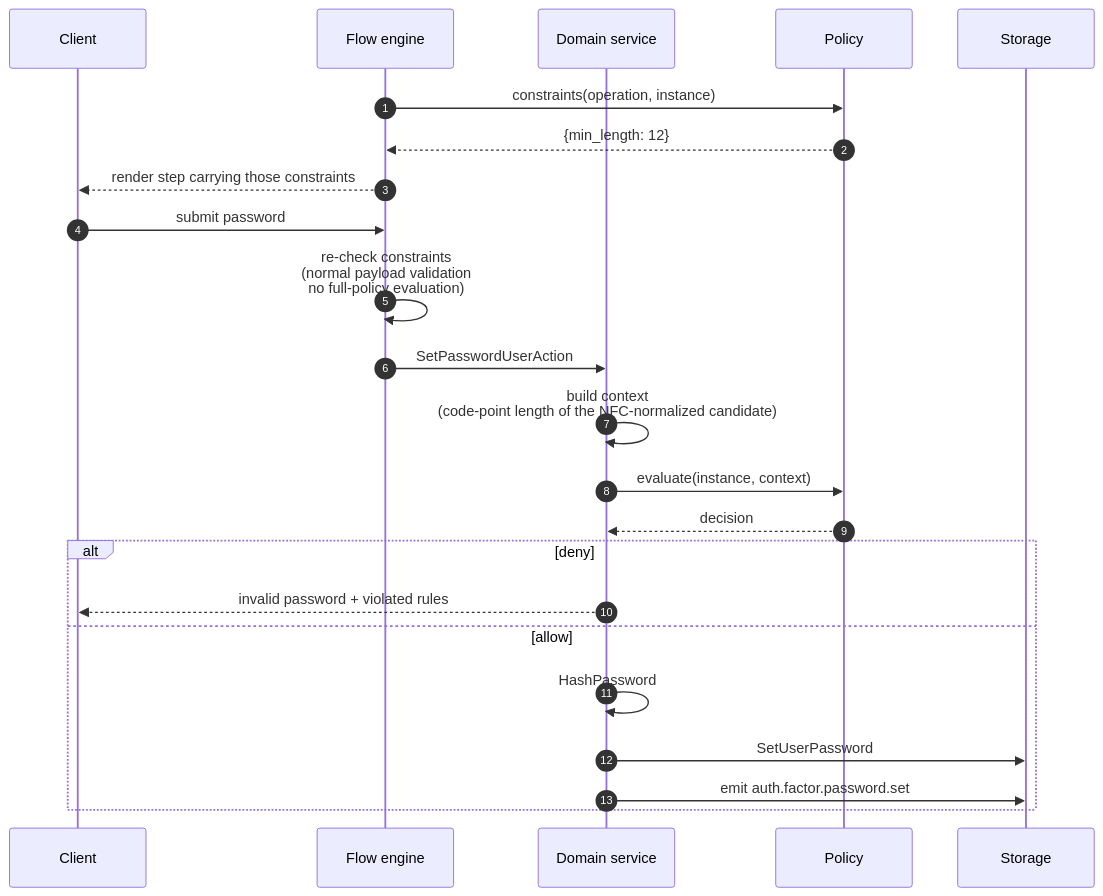
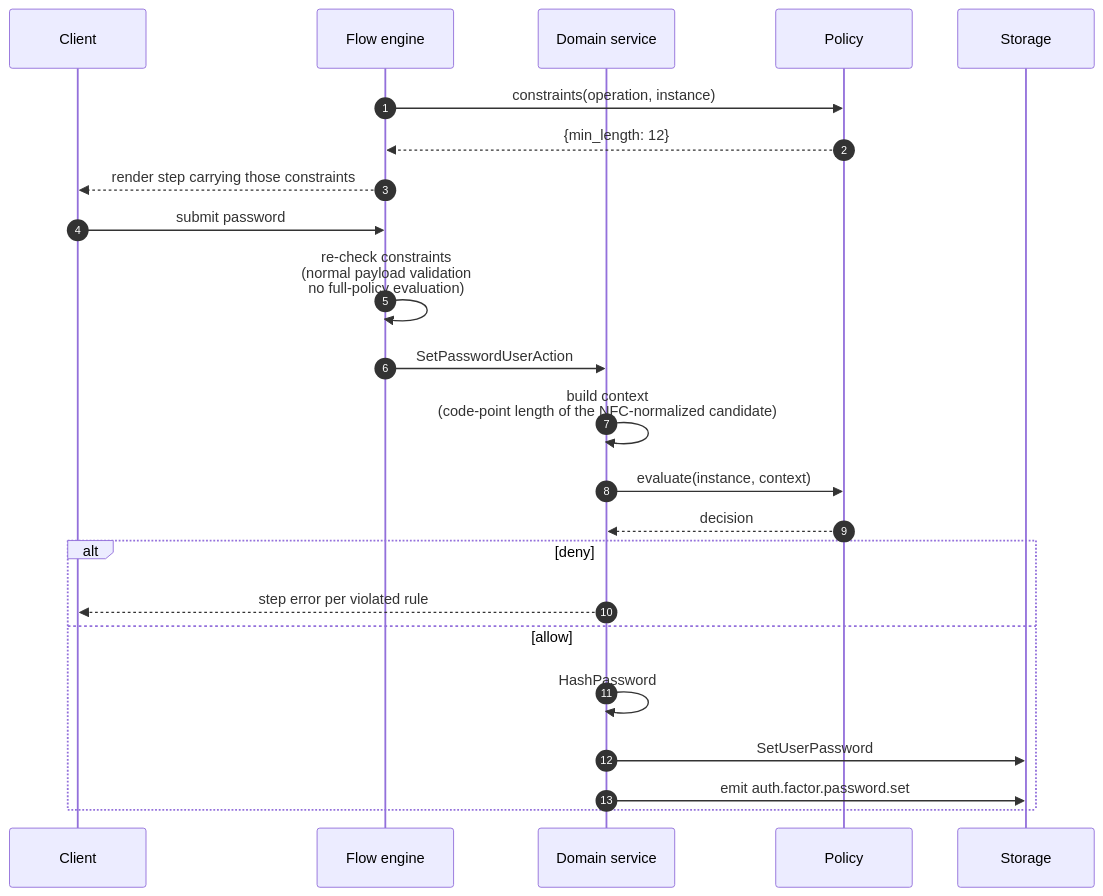
One commit to zitadel/nextgen changed the diagram in docs/adrs/066-operation-policies.md. Above: the diagram before and after it, drawn with Mermaid. The commit also changed other lines of this file and 50 other files, not shown here.

````diff
--- a/docs/adrs/066-operation-policies.md
+++ b/docs/adrs/066-operation-policies.md
@@ -376,26 +400,26 @@
 ```mermaid
 sequenceDiagram
     autonumber
     participant C as Client
     participant F as Flow engine
     participant S as Domain service
     participant P as Policy
     participant DB as Storage
 
     F->>P: constraints(operation, instance)
     P-->>F: {min_length: 12}
     F-->>C: render step carrying those constraints
     C->>F: submit password
     F->>F: re-check constraints<br>(normal payload validation<br>no full-policy evaluation)
     F->>S: SetPasswordUserAction
     S->>S: build context<br>(code-point length of the NFC-normalized candidate)
     S->>P: evaluate(instance, context)
     P-->>S: decision
     alt deny
-        S-->>C: invalid password + violated rules
+        S-->>C: step error per violated rule
     else allow
         S->>S: HashPassword
         S->>DB: SetUserPassword
         S->>DB: emit auth.factor.password.set
     end
 ```
````
